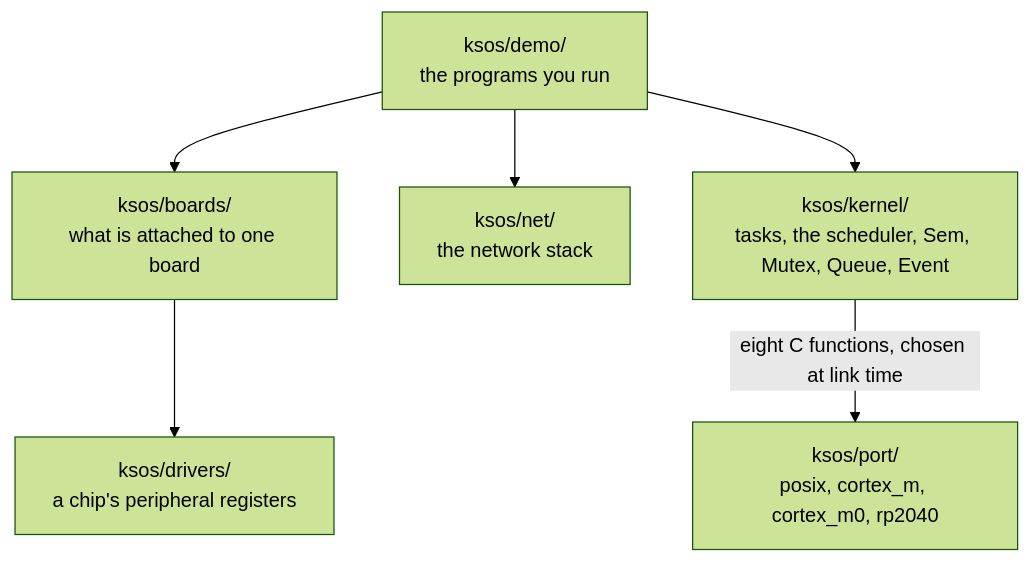
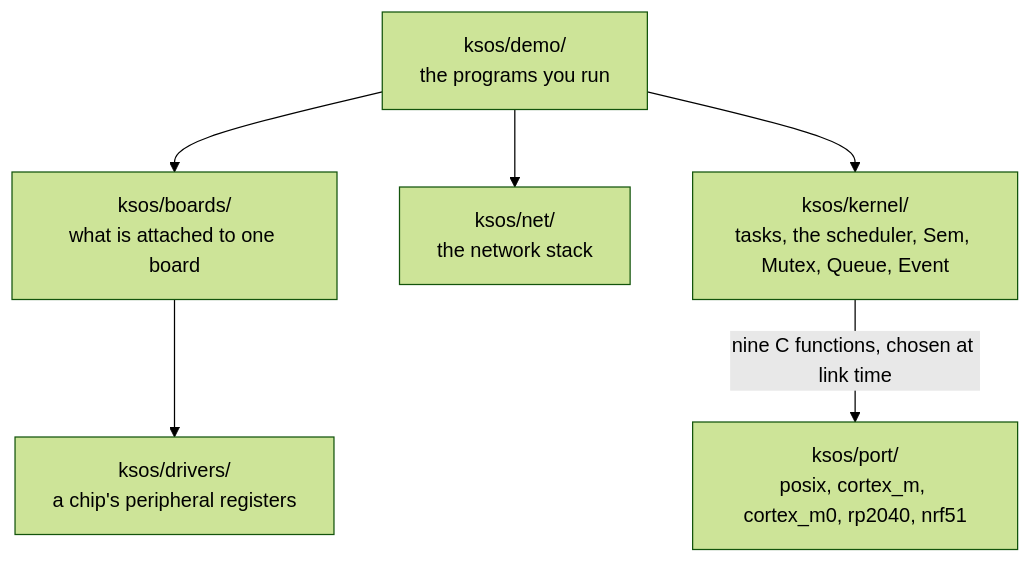
The first of 7 diagrams in ksos/docs/DESIGN-rtos.md (kansosystem-org/kspl-experimental), drawn with Mermaid (forest theme) before and after one commit. The commit also changed other lines of this file and 784 other files, not shown here.

````diff
--- a/ksos/docs/DESIGN-rtos.md
+++ b/ksos/docs/DESIGN-rtos.md
@@ -11,8 +11,8 @@
 ```mermaid
 flowchart TD
     demo["ksos/demo/<br/>the programs you run"] --> boards["ksos/boards/<br/>what is attached to one board"]
     demo --> net["ksos/net/<br/>the network stack"]
     boards --> drivers["ksos/drivers/<br/>a chip's peripheral registers"]
     demo --> kernel["ksos/kernel/<br/>tasks, the scheduler, Sem, Mutex, Queue, Event"]
-    kernel -->|eight C functions, chosen at link time| port["ksos/port/<br/>posix, cortex_m, cortex_m0, rp2040"]
+    kernel -->|nine C functions, chosen at link time| port["ksos/port/<br/>posix, cortex_m, cortex_m0, rp2040, nrf51"]
 ```
````
